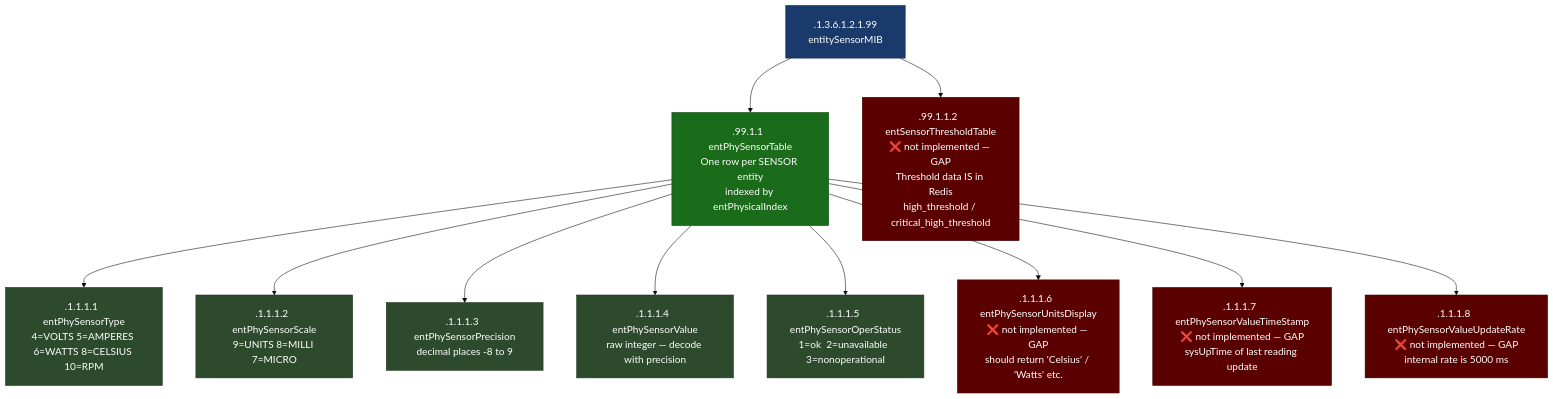
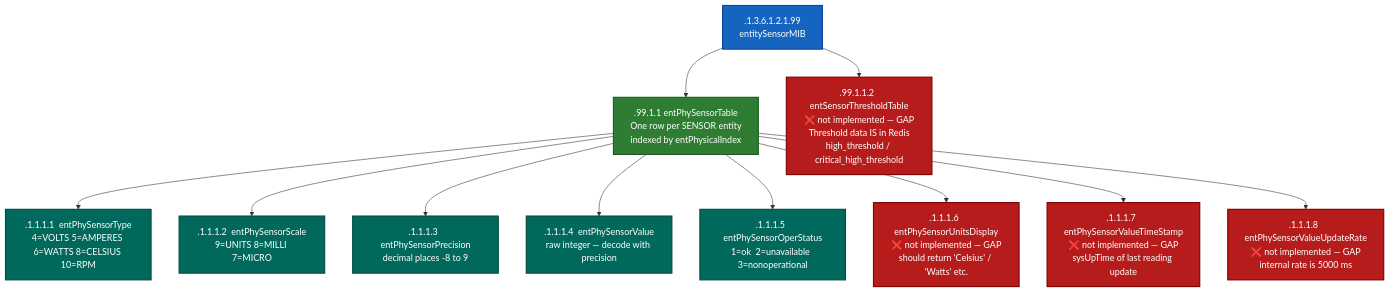
Diagram 15 of 17 in docs/nms_compliance_gaps.md (thongal-upscale/sonic-snmpagent), drawn with Mermaid before and after one commit. The commit also changed other lines of this file, not shown here.

Commit message:
docs: redesign diagrams with vibrant colors, expand pytest lifecycle, add BGP AgentX container

````diff
--- a/docs/nms_compliance_gaps.md
+++ b/docs/nms_compliance_gaps.md
@@ -956,24 +1017,23 @@
 ```mermaid
-%%{init: {'theme': 'base', 'themeVariables': {'fontSize': '18px', 'lineHeight': '1.5'}, 'flowchart': {'nodeSpacing': 60, 'rankSpacing': 70, 'padding': 20}, 'sequence': {'actorFontSize': 18, 'noteFontSize': 17, 'messageFontSize': 17}}}%%
 graph TD
-    classDef root  fill:#1a3a6b,color:#fff,stroke:#0d2545
-    classDef table fill:#1a6b1a,color:#fff,stroke:#0d4a0d
-    classDef obj   fill:#2d4a2d,color:#fff,stroke:#1a331a
-    classDef gap   fill:#5a0000,color:#fff,stroke:#3d0000
+    classDef root  fill:#1565C0,color:#fff,stroke:#0D47A1,stroke-width:2px
+    classDef table fill:#2E7D32,color:#fff,stroke:#1B5E20,stroke-width:2px
+    classDef obj   fill:#00695C,color:#fff,stroke:#004D40,stroke-width:2px
+    classDef gap   fill:#B71C1C,color:#fff,stroke:#7F0000,stroke-width:2px
 
     ROOT[".1.3.6.1.2.1.99\nentitySensorMIB"]:::root
     SENSOR_TABLE[".99.1.1  entPhySensorTable\nOne row per SENSOR entity\nindexed by entPhysicalIndex"]:::table
     THRESHOLD_TABLE[".99.1.1.2  entSensorThresholdTable\n❌ not implemented — GAP\nThreshold data IS in Redis\nhigh_threshold / critical_high_threshold"]:::gap
 
     ROOT --> SENSOR_TABLE
     ROOT --> THRESHOLD_TABLE
 
     SENSOR_TABLE --> S1[".1.1.1.1  entPhySensorType\n4=VOLTS 5=AMPERES 6=WATTS 8=CELSIUS 10=RPM"]:::obj
     SENSOR_TABLE --> S2[".1.1.1.2  entPhySensorScale\n9=UNITS 8=MILLI 7=MICRO"]:::obj
     SENSOR_TABLE --> S3[".1.1.1.3  entPhySensorPrecision\ndecimal places -8 to 9"]:::obj
     SENSOR_TABLE --> S4[".1.1.1.4  entPhySensorValue\nraw integer — decode with precision"]:::obj
     SENSOR_TABLE --> S5[".1.1.1.5  entPhySensorOperStatus\n1=ok  2=unavailable  3=nonoperational"]:::obj
     SENSOR_TABLE --> S6[".1.1.1.6  entPhySensorUnitsDisplay\n❌ not implemented — GAP\nshould return 'Celsius' / 'Watts' etc."]:::gap
     SENSOR_TABLE --> S7[".1.1.1.7  entPhySensorValueTimeStamp\n❌ not implemented — GAP\nsysUpTime of last reading update"]:::gap
     SENSOR_TABLE --> S8[".1.1.1.8  entPhySensorValueUpdateRate\n❌ not implemented — GAP\ninternal rate is 5000 ms"]:::gap
 ```
````
